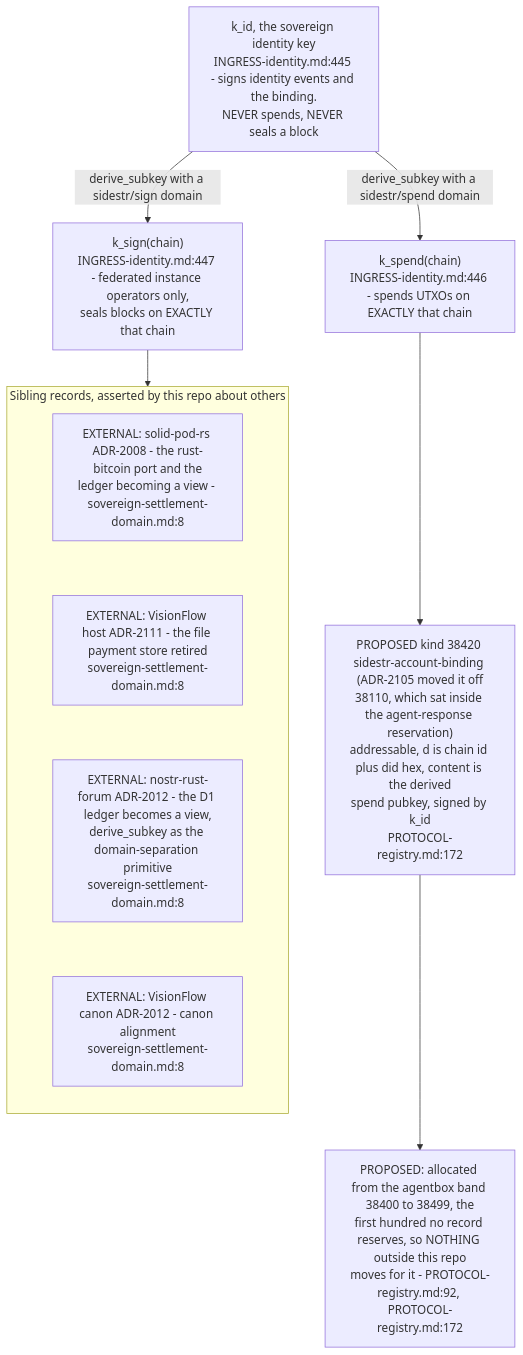
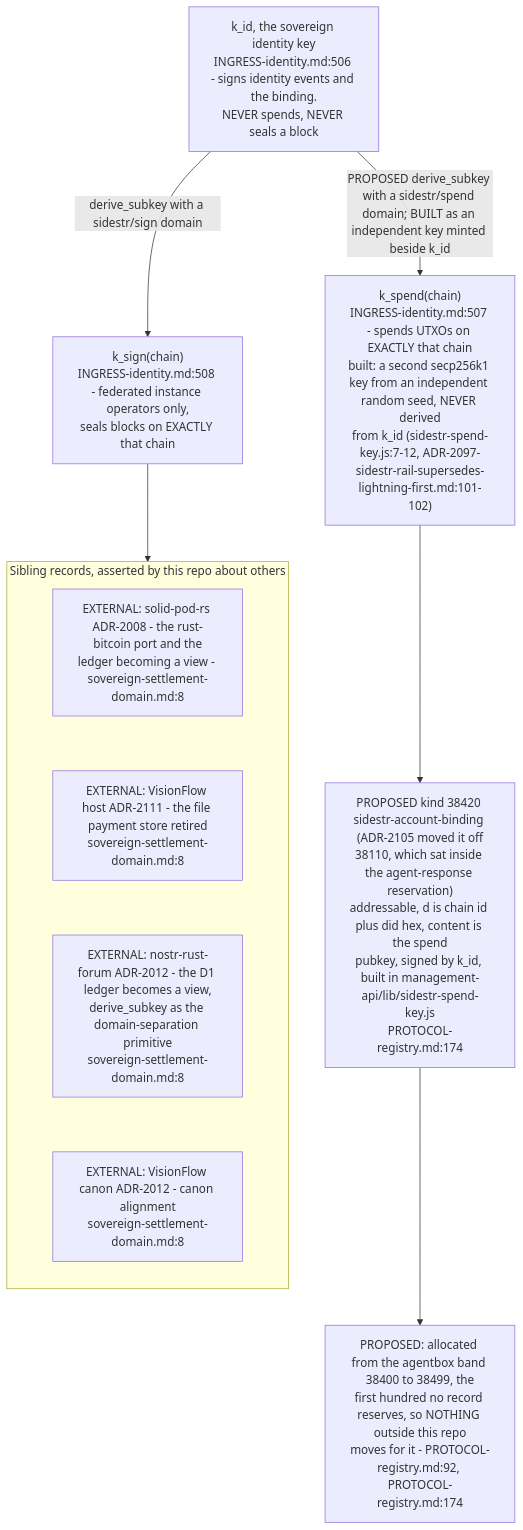
The fifth of 7 diagrams in docs/diagrams/agentbox/31-sovereign-settlement.md (DreamLab-AI/VisionFlow), drawn with Mermaid before and after one commit. The commit also changed other lines of this file and 173 other files, not shown here.

````diff
--- a/docs/diagrams/agentbox/31-sovereign-settlement.md
+++ b/docs/diagrams/agentbox/31-sovereign-settlement.md
@@ -189,17 +190,17 @@
 ```mermaid
 flowchart TB
-    KID["k_id, the sovereign identity key<br/>INGRESS-identity.md:445 - signs identity events and the binding.<br/>NEVER spends, NEVER seals a block"]
-    KID -->|"derive_subkey with a sidestr/spend domain"| KSP["k_spend(chain)<br/>INGRESS-identity.md:446 - spends UTXOs on EXACTLY that chain"]
-    KID -->|"derive_subkey with a sidestr/sign domain"| KSG["k_sign(chain)<br/>INGRESS-identity.md:447 - federated instance operators only,<br/>seals blocks on EXACTLY that chain"]
-    KSP --> BIND["PROPOSED kind 38420 sidestr-account-binding (ADR-2105 moved it off<br/>38110, which sat inside the agent-response reservation)<br/>addressable, d is chain id plus did hex, content is the derived<br/>spend pubkey, signed by k_id<br/>PROTOCOL-registry.md:172"]
-    BIND --> REG["PROPOSED: allocated from the agentbox band 38400 to 38499, the<br/>first hundred no record reserves, so NOTHING outside this repo<br/>moves for it - PROTOCOL-registry.md:92, PROTOCOL-registry.md:172"]
+    KID["k_id, the sovereign identity key<br/>INGRESS-identity.md:506 - signs identity events and the binding.<br/>NEVER spends, NEVER seals a block"]
+    KID -->|"PROPOSED derive_subkey with a sidestr/spend domain; BUILT as an independent key minted beside k_id"| KSP["k_spend(chain)<br/>INGRESS-identity.md:507 - spends UTXOs on EXACTLY that chain<br/>built: a second secp256k1 key from an independent random seed, NEVER derived<br/>from k_id (sidestr-spend-key.js:7-12, ADR-2097-sidestr-rail-supersedes-lightning-first.md:101-102)"]
+    KID -->|"derive_subkey with a sidestr/sign domain"| KSG["k_sign(chain)<br/>INGRESS-identity.md:508 - federated instance operators only,<br/>seals blocks on EXACTLY that chain"]
+    KSP --> BIND["PROPOSED kind 38420 sidestr-account-binding (ADR-2105 moved it off<br/>38110, which sat inside the agent-response reservation)<br/>addressable, d is chain id plus did hex, content is the spend<br/>pubkey, signed by k_id, built in management-api/lib/sidestr-spend-key.js<br/>PROTOCOL-registry.md:174"]
+    BIND --> REG["PROPOSED: allocated from the agentbox band 38400 to 38499, the<br/>first hundred no record reserves, so NOTHING outside this repo<br/>moves for it - PROTOCOL-registry.md:92, PROTOCOL-registry.md:174"]
     subgraph external["Sibling records, asserted by this repo about others"]
         direction TB
         E1["EXTERNAL: solid-pod-rs ADR-2008 - the rust-bitcoin port and the<br/>ledger becoming a view - sovereign-settlement-domain.md:8"]
         E2["EXTERNAL: VisionFlow host ADR-2111 - the file payment store retired<br/>sovereign-settlement-domain.md:8"]
         E3["EXTERNAL: nostr-rust-forum ADR-2012 - the D1 ledger becomes a view,<br/>derive_subkey as the domain-separation primitive<br/>sovereign-settlement-domain.md:8"]
         E4["EXTERNAL: VisionFlow canon ADR-2012 - canon alignment<br/>sovereign-settlement-domain.md:8"]
         E1 ~~~ E2 ~~~ E3 ~~~ E4
     end
     KSG --> external
 ```
````
